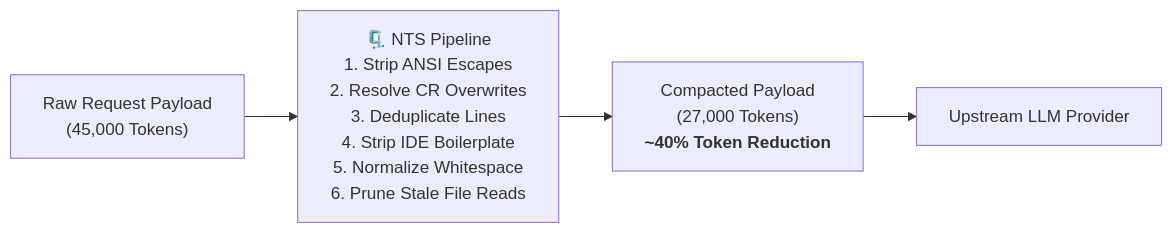
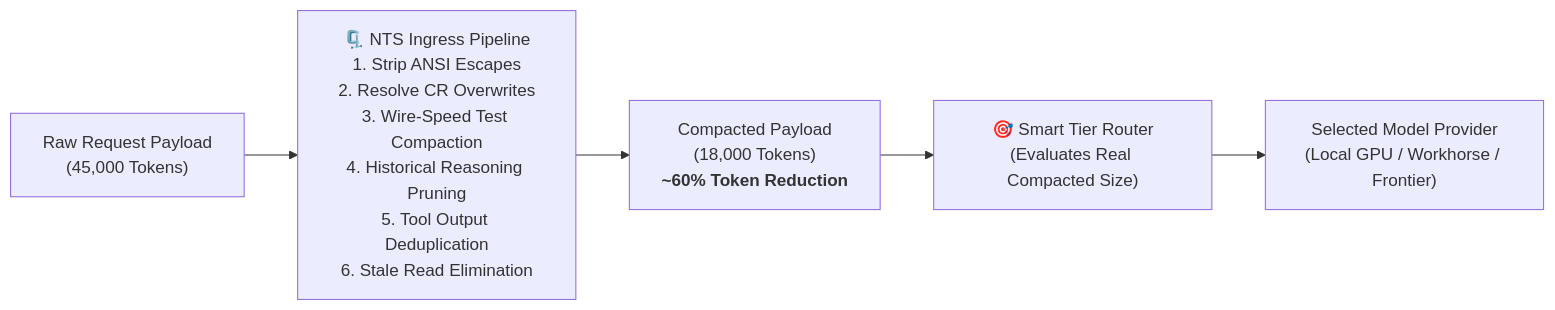
The fourth of 4 diagrams in site/docs/USER_GUIDE.md (dixieflatline76/nacho-flow), drawn with Mermaid before and after one commit. The commit also changed other lines of this file and 11 other files, not shown here.

````diff
--- a/site/docs/USER_GUIDE.md
+++ b/site/docs/USER_GUIDE.md
@@ -745,6 +743,7 @@
 ```mermaid
 flowchart LR
-    Raw["Raw Request Payload<br/>(45,000 Tokens)"] --> NTS["🗜️ NTS Pipeline<br/>1. Strip ANSI Escapes<br/>2. Resolve CR Overwrites<br/>3. Deduplicate Lines<br/>4. Strip IDE Boilerplate<br/>5. Normalize Whitespace<br/>6. Prune Stale File Reads"]
-    NTS --> Compacted["Compacted Payload<br/>(27,000 Tokens)<br/><b>~40% Token Reduction</b>"]
-    Compacted --> Upstream["Upstream LLM Provider"]
+    Raw["Raw Request Payload<br/>(45,000 Tokens)"] --> NTS["🗜️ NTS Ingress Pipeline<br/>1. Strip ANSI Escapes<br/>2. Resolve CR Overwrites<br/>3. Wire-Speed Test Compaction<br/>4. Historical Reasoning Pruning<br/>5. Tool Output Deduplication<br/>6. Stale Read Elimination"]
+    NTS --> Compacted["Compacted Payload<br/>(18,000 Tokens)<br/><b>~60% Token Reduction</b>"]
+    Compacted --> Router["🎯 Smart Tier Router<br/>(Evaluates Real Compacted Size)"]
+    Router --> Upstream["Selected Model Provider<br/>(Local GPU / Workhorse / Frontier)"]
 ```
````
